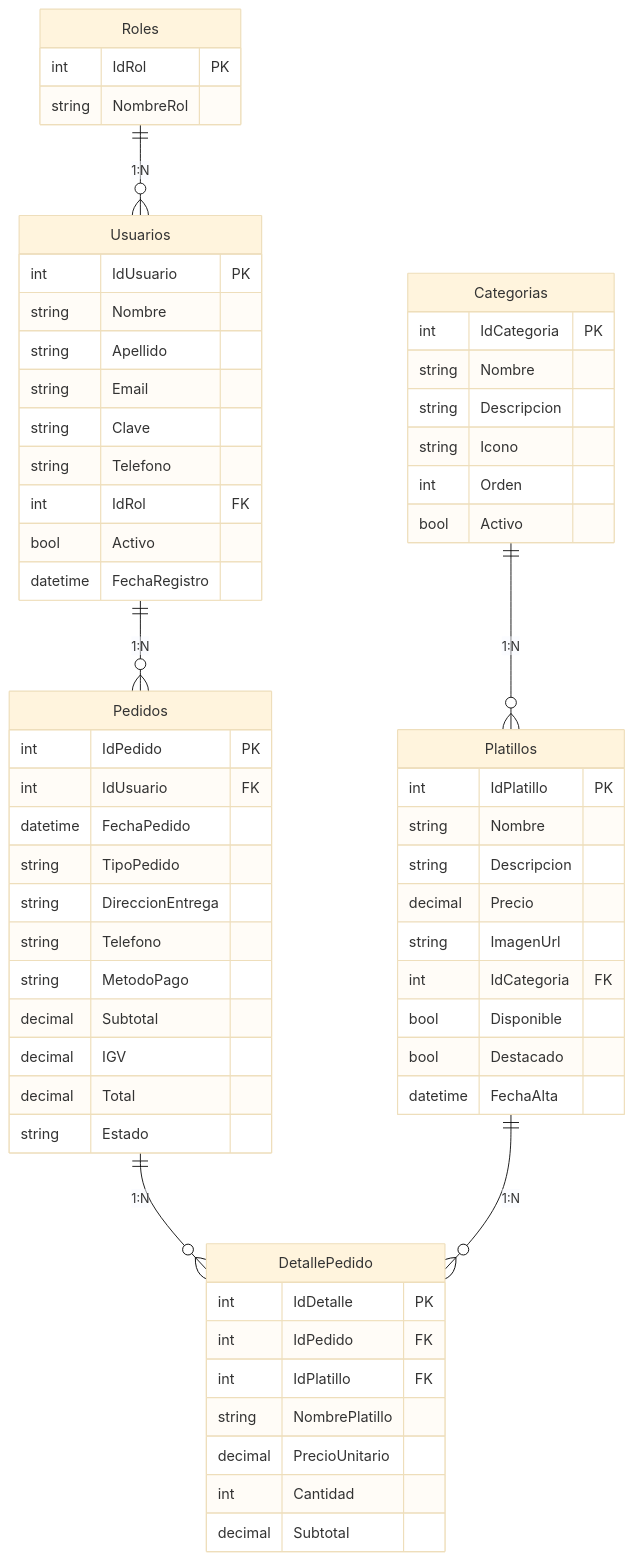
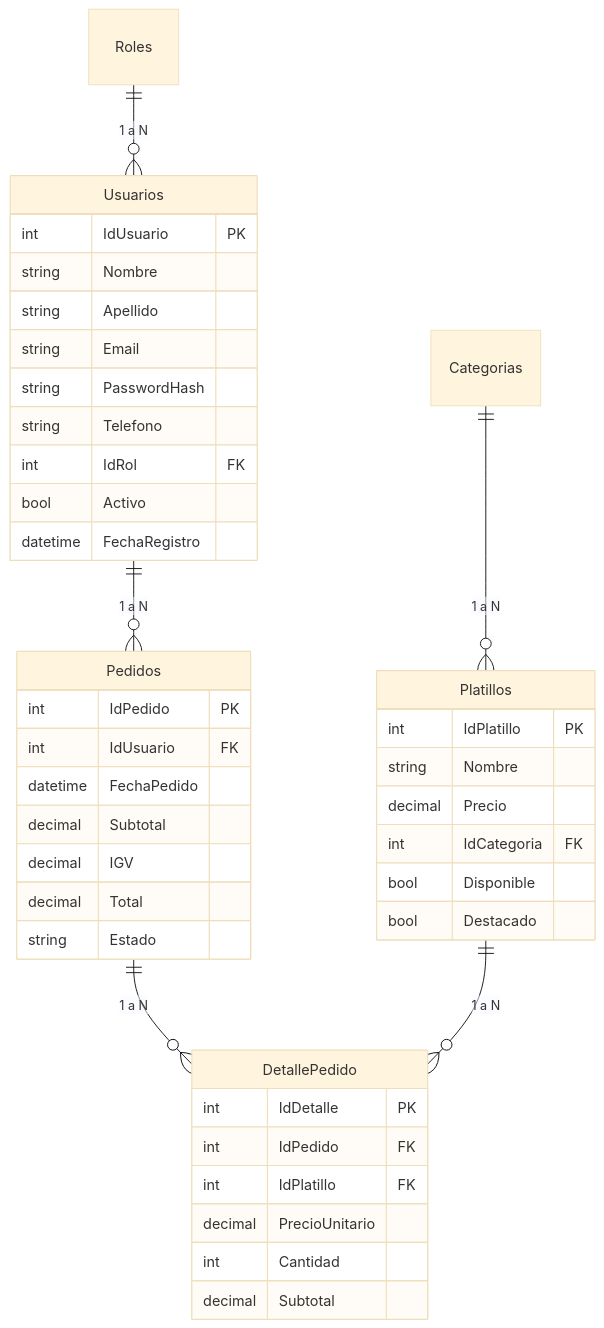
One commit to karlahuarcayacar-cell/maido-aspnet changed the diagram in MANUAL_SUSTENTACION.md. Above: the diagram before and after it, drawn with Mermaid (base theme). The commit also changed other lines of this file, not shown here.

````diff
--- a/MANUAL_SUSTENTACION.md
+++ b/MANUAL_SUSTENTACION.md
@@ -142,65 +94,45 @@
 ```mermaid
 erDiagram
-    Roles ||--o{ Usuarios : "1:N"
-    Categorias ||--o{ Platillos : "1:N"
-    Usuarios ||--o{ Pedidos : "1:N"
-    Pedidos ||--o{ DetallePedido : "1:N"
-    Platillos ||--o{ DetallePedido : "1:N"
+    Roles ||--o{ Usuarios : "1 a N"
+    Categorias ||--o{ Platillos : "1 a N"
+    Usuarios ||--o{ Pedidos : "1 a N"
+    Pedidos ||--o{ DetallePedido : "1 a N"
+    Platillos ||--o{ DetallePedido : "1 a N"
 
-    Roles {
-        int IdRol PK
-        string NombreRol
-    }
     Usuarios {
         int IdUsuario PK
         string Nombre
         string Apellido
         string Email
-        string Clave
+        string PasswordHash
         string Telefono
         int IdRol FK
         bool Activo
         datetime FechaRegistro
     }
-    Categorias {
-        int IdCategoria PK
-        string Nombre
-        string Descripcion
-        string Icono
-        int Orden
-        bool Activo
-    }
     Platillos {
         int IdPlatillo PK
         string Nombre
-        string Descripcion
         decimal Precio
-        string ImagenUrl
         int IdCategoria FK
         bool Disponible
         bool Destacado
-        datetime FechaAlta
     }
     Pedidos {
         int IdPedido PK
         int IdUsuario FK
         datetime FechaPedido
-        string TipoPedido
-        string DireccionEntrega
-        string Telefono
-        string MetodoPago
         decimal Subtotal
         decimal IGV
         decimal Total
         string Estado
     }
     DetallePedido {
         int IdDetalle PK
         int IdPedido FK
         int IdPlatillo FK
-        string NombrePlatillo
         decimal PrecioUnitario
         int Cantidad
         decimal Subtotal
     }
 ```
````
